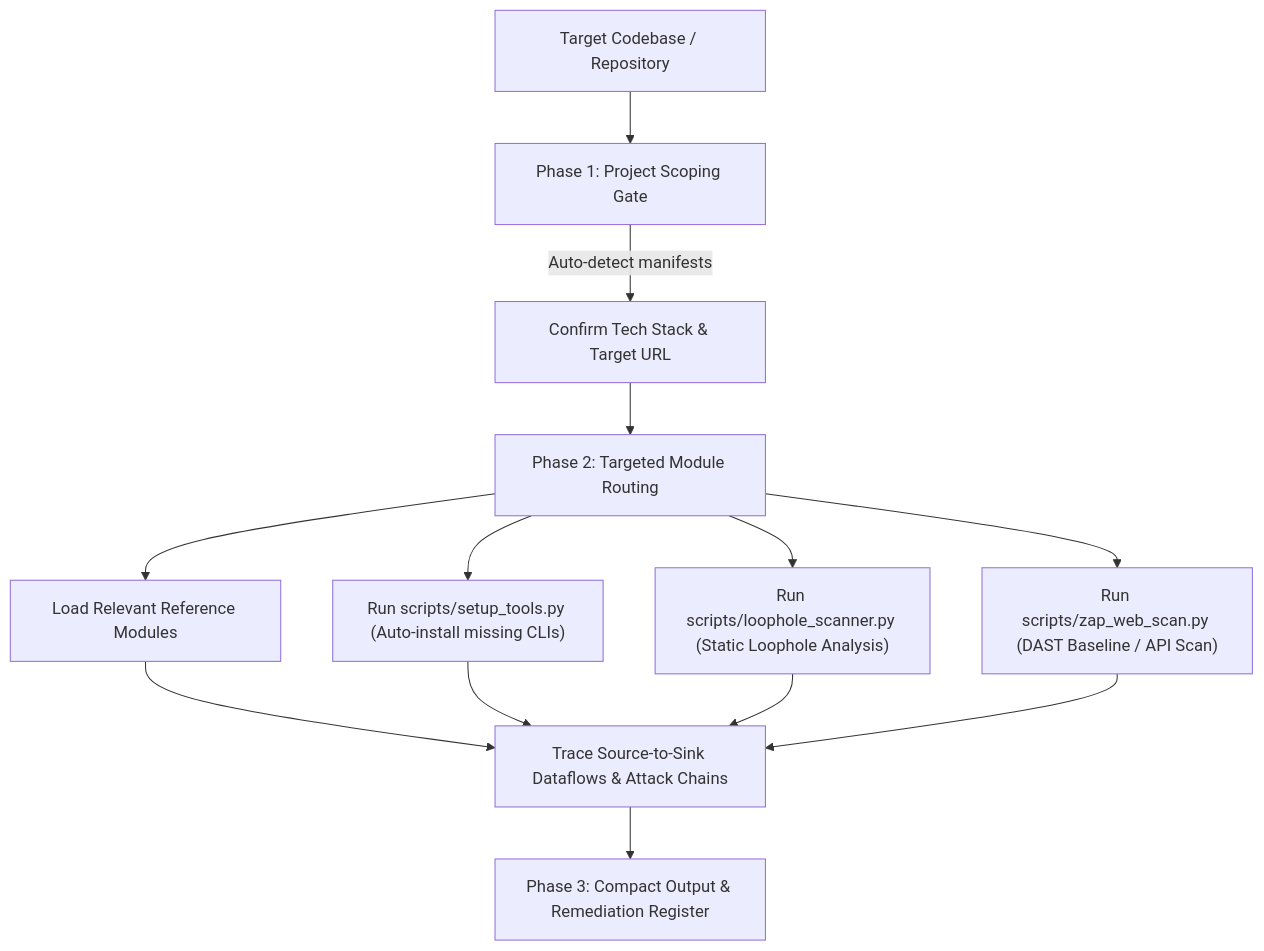
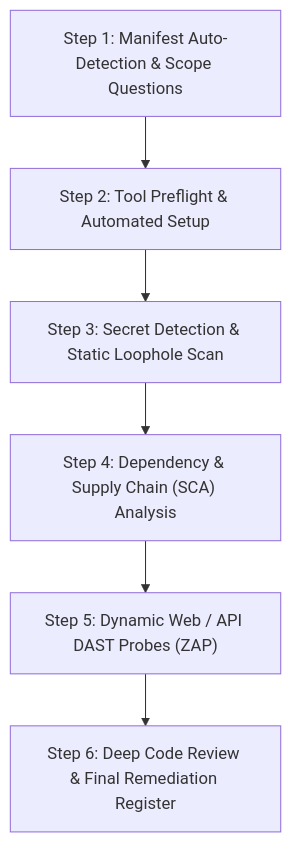
One commit to engrshoaibh/owasp-security-audit-skill changed the diagram in README.md. Above: the diagram before and after it, drawn with Mermaid. The commit also changed other lines of this file and 4 other files, not shown here.

````diff
--- a/README.md
+++ b/README.md
@@ -85,12 +90,8 @@
 ```mermaid
 flowchart TD
-    A["Target Codebase / Repository"] --> B["Phase 1: Project Scoping Gate"]
-    B -->|Auto-detect manifests| C["Confirm Tech Stack & Target URL"]
-    C --> D["Phase 2: Targeted Module Routing"]
-    D --> E["Load Relevant Reference Modules"]
-    D --> F["Run scripts/setup_tools.py (Auto-install missing CLIs)"]
-    D --> G["Run scripts/loophole_scanner.py (Static Loophole Analysis)"]
-    D --> H["Run scripts/zap_web_scan.py (DAST Baseline / API Scan)"]
-    E & F & G & H --> I["Trace Source-to-Sink Dataflows & Attack Chains"]
-    I --> J["Phase 3: Compact Output & Remediation Register"]
+    S1["Step 1: Manifest Auto-Detection & Scope Questions"] --> S2["Step 2: Tool Preflight & Automated Setup"]
+    S2 --> S3["Step 3: Secret Detection & Static Loophole Scan"]
+    S3 --> S4["Step 4: Dependency & Supply Chain (SCA) Analysis"]
+    S4 --> S5["Step 5: Dynamic Web / API DAST Probes (ZAP)"]
+    S5 --> S6["Step 6: Deep Code Review & Final Remediation Register"]
 ```
````
